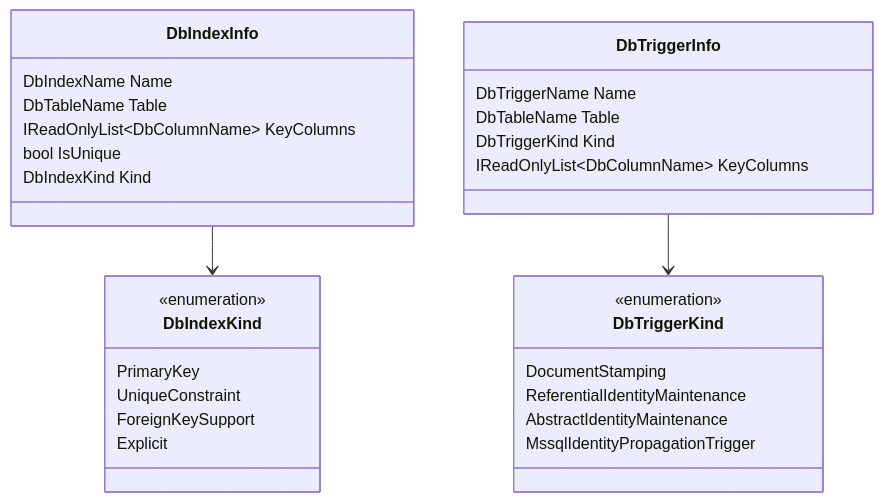
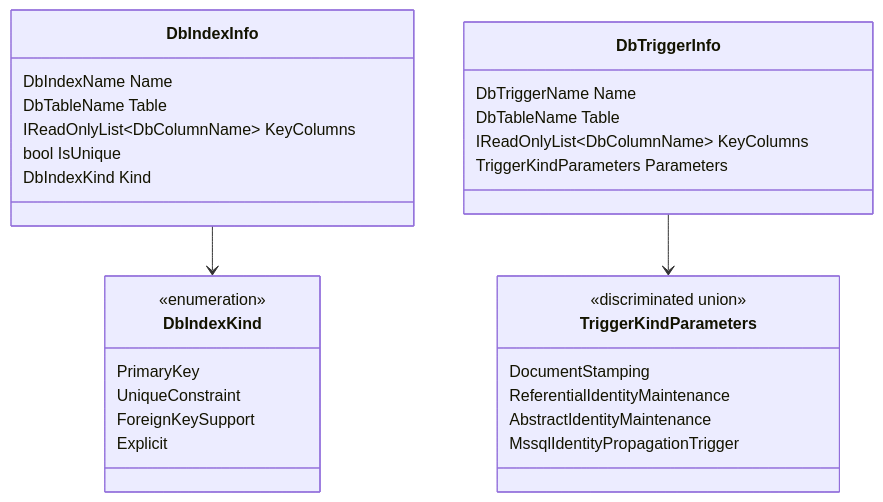
The eighth of 16 diagrams in reference/design/backend-redesign/presentations/relational-model-presentation.md (Ed-Fi-Alliance-OSS/Data-Management-Service), drawn with Mermaid before and after one commit. The commit also changed 18 other files, not shown here.

Commit message:
[DMS-1223] Align backend-redesign design docs with implemented TriggerKindParameters types

````diff
--- a/reference/design/backend-redesign/presentations/relational-model-presentation.md
+++ b/reference/design/backend-redesign/presentations/relational-model-presentation.md
@@ -370,36 +370,36 @@
 ```mermaid
 classDiagram
     class DbIndexInfo {
         DbIndexName Name
         DbTableName Table
         IReadOnlyList~DbColumnName~ KeyColumns
         bool IsUnique
         DbIndexKind Kind
     }
 
     class DbIndexKind {
         <<enumeration>>
         PrimaryKey
         UniqueConstraint
         ForeignKeySupport
         Explicit
     }
 
     class DbTriggerInfo {
         DbTriggerName Name
         DbTableName Table
-        DbTriggerKind Kind
         IReadOnlyList~DbColumnName~ KeyColumns
+        TriggerKindParameters Parameters
     }
 
-    class DbTriggerKind {
-        <<enumeration>>
+    class TriggerKindParameters {
+        <<discriminated union>>
         DocumentStamping
         ReferentialIdentityMaintenance
         AbstractIdentityMaintenance
         MssqlIdentityPropagationTrigger
     }
 
     DbIndexInfo --> DbIndexKind
-    DbTriggerInfo --> DbTriggerKind
+    DbTriggerInfo --> TriggerKindParameters
 ```
````
